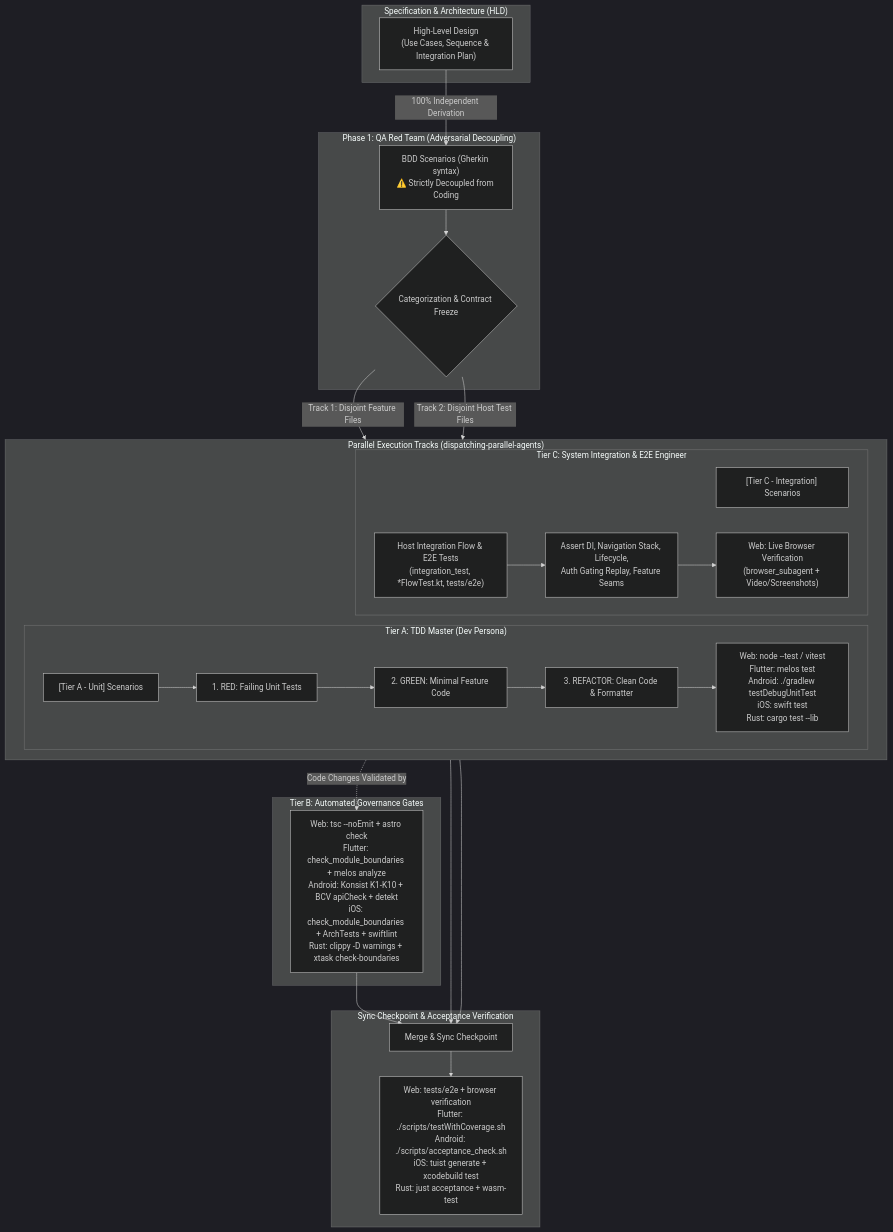
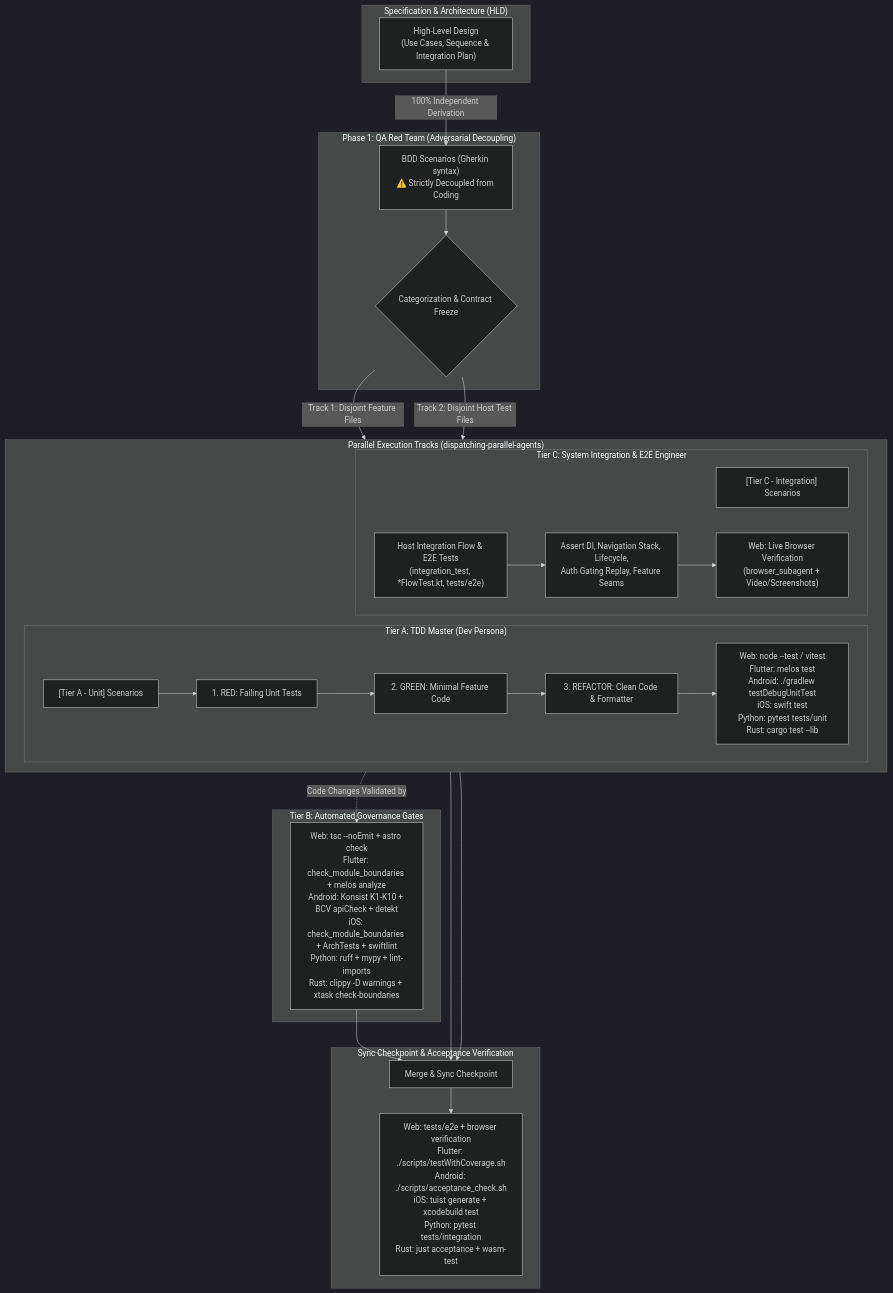
Before and after one commit to DanhDue/ai-agent-tools: the diagram in skills/dev-designer/SKILL.md, drawn with Mermaid (dark theme). The commit also changed other lines of this file and 3 other files, not shown here.

````diff
--- a/skills/dev-designer/SKILL.md
+++ b/skills/dev-designer/SKILL.md
@@ -168,52 +179,52 @@
 ```mermaid
 flowchart TD
     subgraph SPEC["Specification & Architecture (HLD)"]
         HLD["High-Level Design<br/>(Use Cases, Sequence & Integration Plan)"]
     end
 
     subgraph PHASE1["Phase 1: QA Red Team (Adversarial Decoupling)"]
         BDD["BDD Scenarios (Gherkin syntax)<br/>⚠️ Strictly Decoupled from Coding"]
         TAG{"Categorization & Contract Freeze"}
     end
 
     subgraph PARALLEL["Parallel Execution Tracks (dispatching-parallel-agents)"]
         direction LR
         subgraph TIER_A["Tier A: TDD Master (Dev Persona)"]
             UNIT_SCENARIOS["[Tier A - Unit] Scenarios"]
             RED["1. RED: Failing Unit Tests"]
             GREEN["2. GREEN: Minimal Feature Code"]
             REFACTOR["3. REFACTOR: Clean Code & Formatter"]
-            VERIFY_A["Web: node --test / vitest<br/>Flutter: melos test<br/>Android: ./gradlew testDebugUnitTest<br/>iOS: swift test<br/>Rust: cargo test --lib"]
+            VERIFY_A["Web: node --test / vitest<br/>Flutter: melos test<br/>Android: ./gradlew testDebugUnitTest<br/>iOS: swift test<br/>Python: pytest tests/unit<br/>Rust: cargo test --lib"]
         end
 
         subgraph TIER_C["Tier C: System Integration & E2E Engineer"]
             FLOW_SCENARIOS["[Tier C - Integration] Scenarios"]
             FLOW_TESTS["Host Integration Flow & E2E Tests<br/>(integration_test, *FlowTest.kt, tests/e2e)"]
             SYS_ASSERT["Assert DI, Navigation Stack, Lifecycle,<br/>Auth Gating Replay, Feature Seams"]
             BROWSER_VERIFY["Web: Live Browser Verification<br/>(browser_subagent + Video/Screenshots)"]
             FLOW_TESTS --> SYS_ASSERT --> BROWSER_VERIFY
         end
     end
 
     subgraph TIER_B["Tier B: Automated Governance Gates"]
-        GATE["Web: tsc --noEmit + astro check<br/>Flutter: check_module_boundaries + melos analyze<br/>Android: Konsist K1-K10 + BCV apiCheck + detekt<br/>iOS: check_module_boundaries + ArchTests + swiftlint<br/>Rust: clippy -D warnings + xtask check-boundaries"]
+        GATE["Web: tsc --noEmit + astro check<br/>Flutter: check_module_boundaries + melos analyze<br/>Android: Konsist K1-K10 + BCV apiCheck + detekt<br/>iOS: check_module_boundaries + ArchTests + swiftlint<br/>Python: ruff + mypy + lint-imports<br/>Rust: clippy -D warnings + xtask check-boundaries"]
     end
 
     subgraph SYNC["Sync Checkpoint & Acceptance Verification"]
         MERGE["Merge & Sync Checkpoint"]
-        VERIFY_C["Web: tests/e2e + browser verification<br/>Flutter: ./scripts/testWithCoverage.sh<br/>Android: ./scripts/acceptance_check.sh<br/>iOS: tuist generate + xcodebuild test<br/>Rust: just acceptance + wasm-test"]
+        VERIFY_C["Web: tests/e2e + browser verification<br/>Flutter: ./scripts/testWithCoverage.sh<br/>Android: ./scripts/acceptance_check.sh<br/>iOS: tuist generate + xcodebuild test<br/>Python: pytest tests/integration<br/>Rust: just acceptance + wasm-test"]
     end
 
     HLD -->|100% Independent Derivation| BDD
     BDD --> TAG
     TAG -->|Track 1: Disjoint Feature Files| UNIT_SCENARIOS
     TAG -->|Track 2: Disjoint Host Test Files| FLOW_SCENARIOS
 
     UNIT_SCENARIOS --> RED --> GREEN --> REFACTOR --> VERIFY_A
     REFACTOR -.->|Code Changes Validated by| GATE
 
     VERIFY_A --> MERGE
     BROWSER_VERIFY --> MERGE
     GATE --> MERGE
     MERGE --> VERIFY_C
 ```
````
